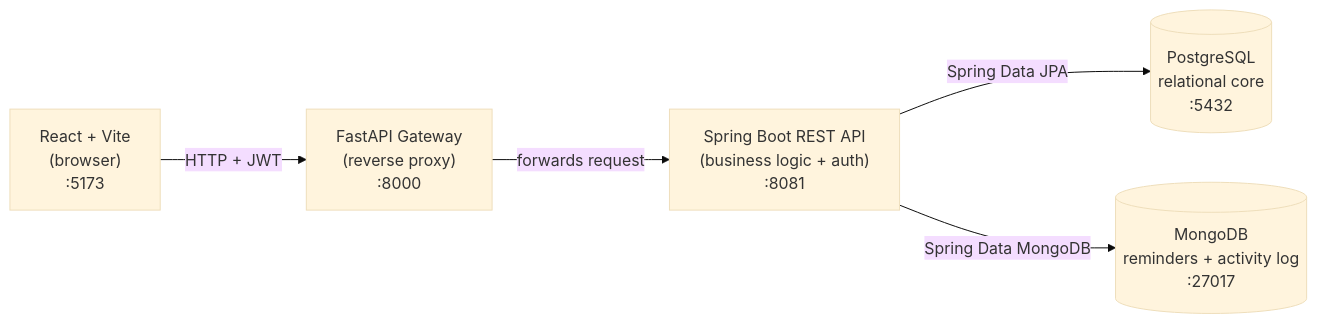
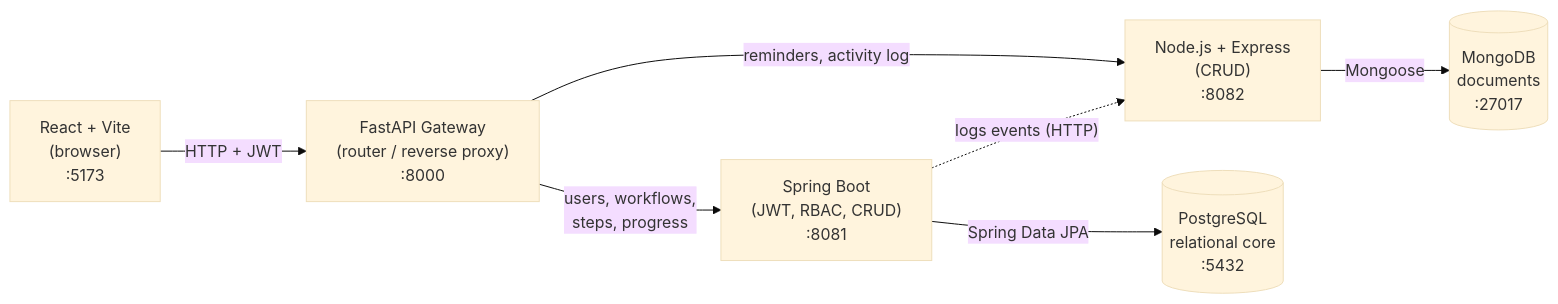
One commit to yashwanth-1729/onboarding-project-dbms changed the first of 2 diagrams in README.md. Above: the diagram before and after it, drawn with Mermaid (base theme). The commit also changed other lines of this file and 23 other files, not shown here.

First line of the commit message:
Add Node.js backend; move MongoDB (reminders, activity log) out of Spring Boot

````diff
--- a/README.md
+++ b/README.md
@@ -31,7 +32,9 @@
 ```mermaid
 flowchart LR
-    A["React + Vite<br/>(browser)<br/>:5173"] -->|HTTP + JWT| B["FastAPI Gateway<br/>(reverse proxy)<br/>:8000"]
-    B -->|forwards request| C["Spring Boot REST API<br/>(business logic + auth)<br/>:8081"]
-    C -->|Spring Data JPA| D[("PostgreSQL<br/>relational core<br/>:5432")]
-    C -->|Spring Data MongoDB| E[("MongoDB<br/>reminders + activity log<br/>:27017")]
+    A["React + Vite<br/>(browser)<br/>:5173"] -->|HTTP + JWT| B["FastAPI Gateway<br/>(router / reverse proxy)<br/>:8000"]
+    B -->|users, workflows,<br/>steps, progress| C["Spring Boot<br/>(JWT, RBAC, CRUD)<br/>:8081"]
+    B -->|reminders, activity log| D["Node.js + Express<br/>(CRUD)<br/>:8082"]
+    C -->|Spring Data JPA| E[("PostgreSQL<br/>relational core<br/>:5432")]
+    D -->|Mongoose| F[("MongoDB<br/>documents<br/>:27017")]
+    C -. "logs events (HTTP)" .-> D
 ```
````
